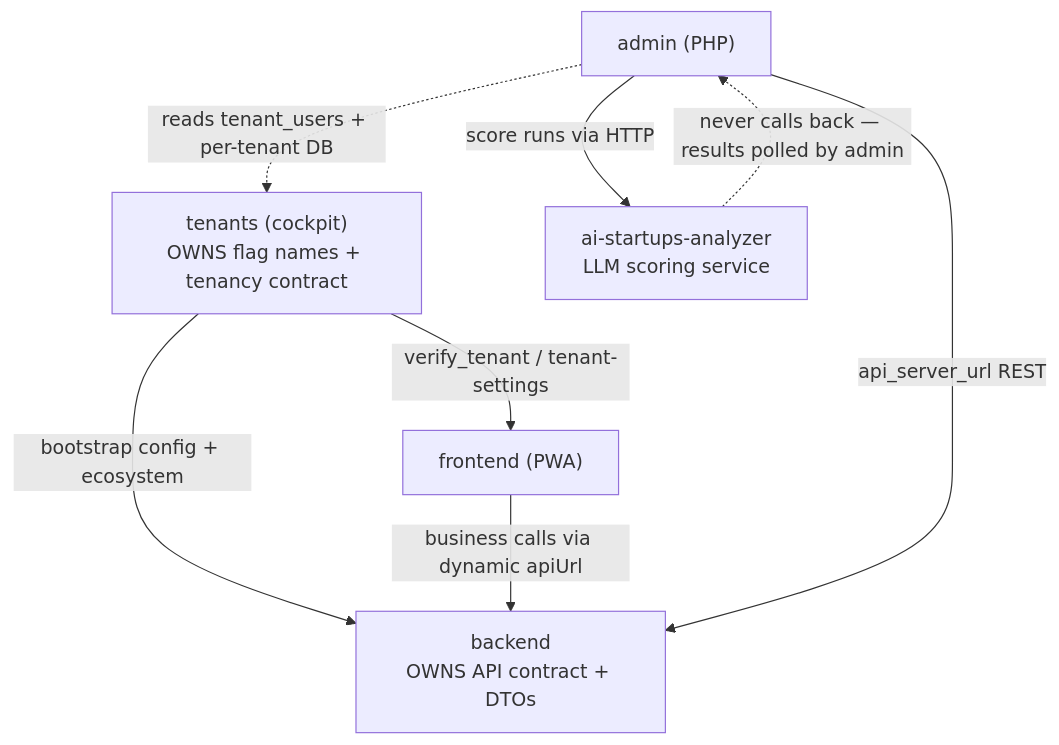
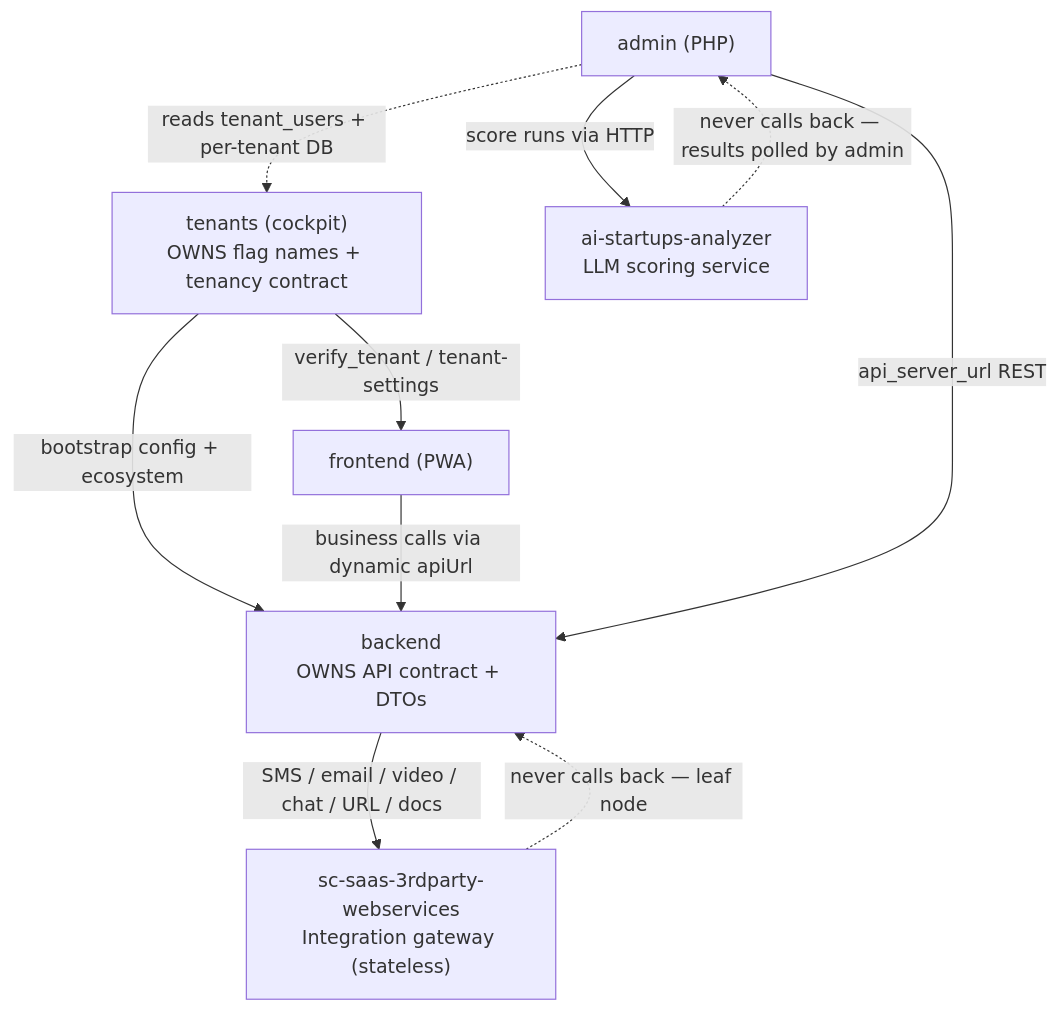
Before and after one commit to sanchiconnect/sc-saas-ai-native: the diagram in CLAUDE.md, drawn with Mermaid. The commit also changed other lines of this file and 1 other file, not shown here.

First line of the commit message:
docs: add sc-saas-3rdparty-webservices to workspace docs and architecture

````diff
--- a/CLAUDE.md
+++ b/CLAUDE.md
@@ -15,15 +16,18 @@
 ```mermaid
 graph TD
     T["tenants (cockpit)<br/>OWNS flag names + tenancy contract"]
     B["backend<br/>OWNS API contract + DTOs"]
     F["frontend (PWA)"]
     A["admin (PHP)"]
     AI["ai-startups-analyzer<br/>LLM scoring service"]
+    W["sc-saas-3rdparty-webservices<br/>Integration gateway (stateless)"]
     T -->|verify_tenant / tenant-settings| F
     T -->|bootstrap config + ecosystem| B
     F -->|business calls via dynamic apiUrl| B
     A -->|api_server_url REST| B
     A -.->|reads tenant_users + per-tenant DB| T
     A -->|score runs via HTTP| AI
     AI -.->|never calls back — results polled by admin| A
+    B -->|SMS / email / video / chat / URL / docs| W
+    W -.->|never calls back — leaf node| B
 ```
````
